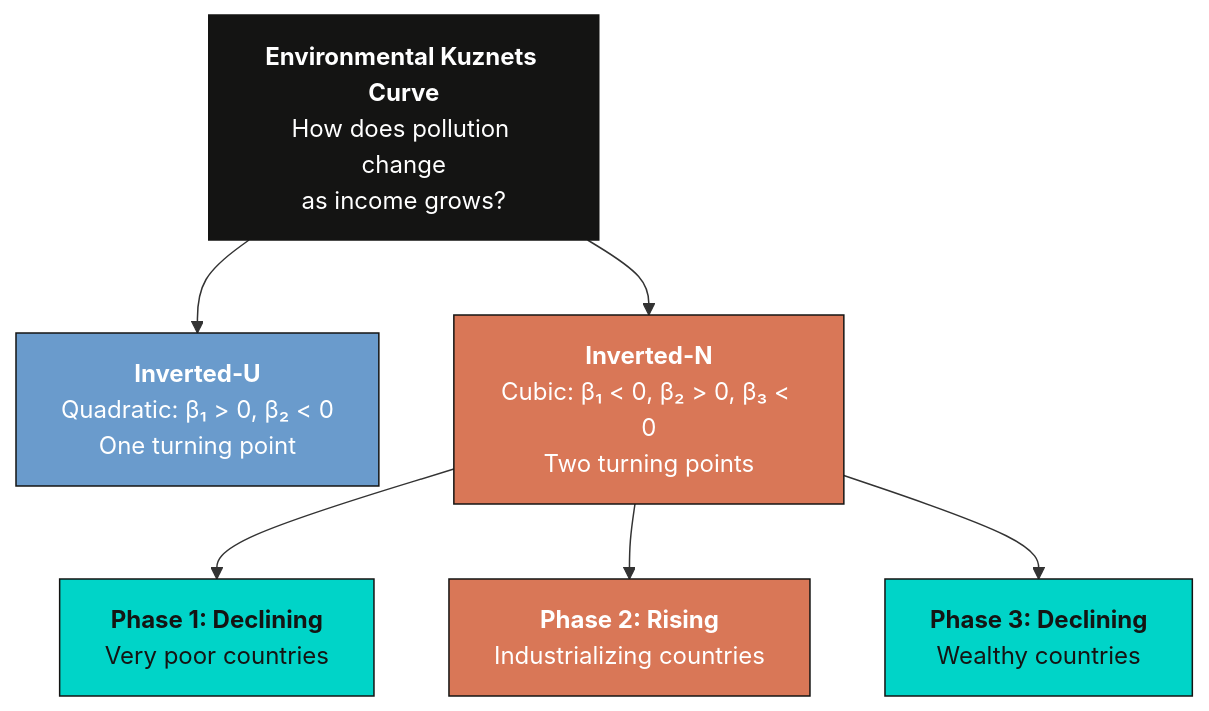
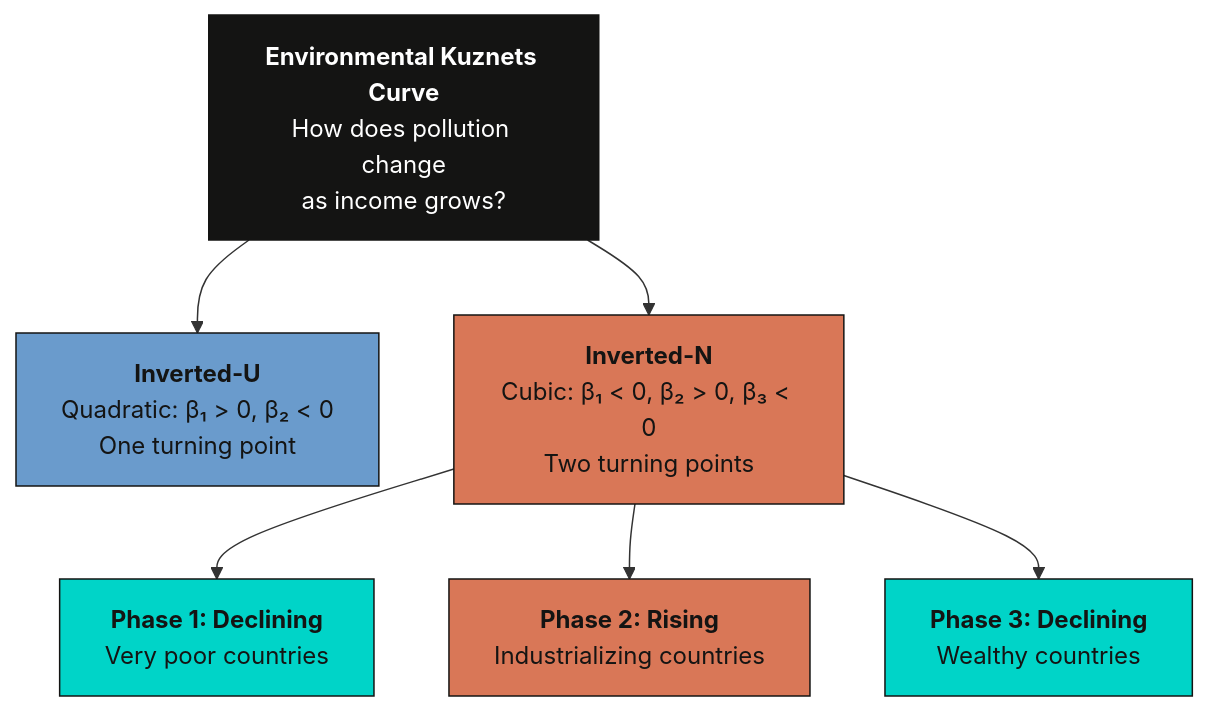
Before and after one commit to cmg777/starter-academic-v501: the second of 4 diagrams in content/post/stata_bma_dsl/index.md, drawn with Mermaid. The commit also changed other lines of this file and 67 other files, not shown here.

First line of the commit message:
fix(mermaid): readable diagram text in both themes across the site

````diff
--- a/content/post/stata_bma_dsl/index.md
+++ b/content/post/stata_bma_dsl/index.md
@@ -372,18 +372,18 @@
 ```mermaid
 graph TD
     EKC["<b>Environmental Kuznets Curve</b><br/>How does pollution change<br/>as income grows?"]
 
     EKC --> IU["<b>Inverted-U</b><br/>Quadratic: β₁ > 0, β₂ < 0<br/>One turning point"]
     EKC --> IN["<b>Inverted-N</b><br/>Cubic: β₁ < 0, β₂ > 0, β₃ < 0<br/>Two turning points"]
 
     IN --> P1["<b>Phase 1: Declining</b><br/>Very poor countries"]
     IN --> P2["<b>Phase 2: Rising</b><br/>Industrializing countries"]
     IN --> P3["<b>Phase 3: Declining</b><br/>Wealthy countries"]
 
     style EKC fill:#141413,stroke:#141413,color:#fff
-    style IU fill:#6a9bcc,stroke:#141413,color:#fff
-    style IN fill:#d97757,stroke:#141413,color:#fff
+    style IU fill:#6a9bcc,stroke:#141413,color:#141413
+    style IN fill:#d97757,stroke:#141413,color:#141413
     style P1 fill:#00d4c8,stroke:#141413,color:#141413
-    style P2 fill:#d97757,stroke:#141413,color:#fff
+    style P2 fill:#d97757,stroke:#141413,color:#141413
     style P3 fill:#00d4c8,stroke:#141413,color:#141413
 ```
````
